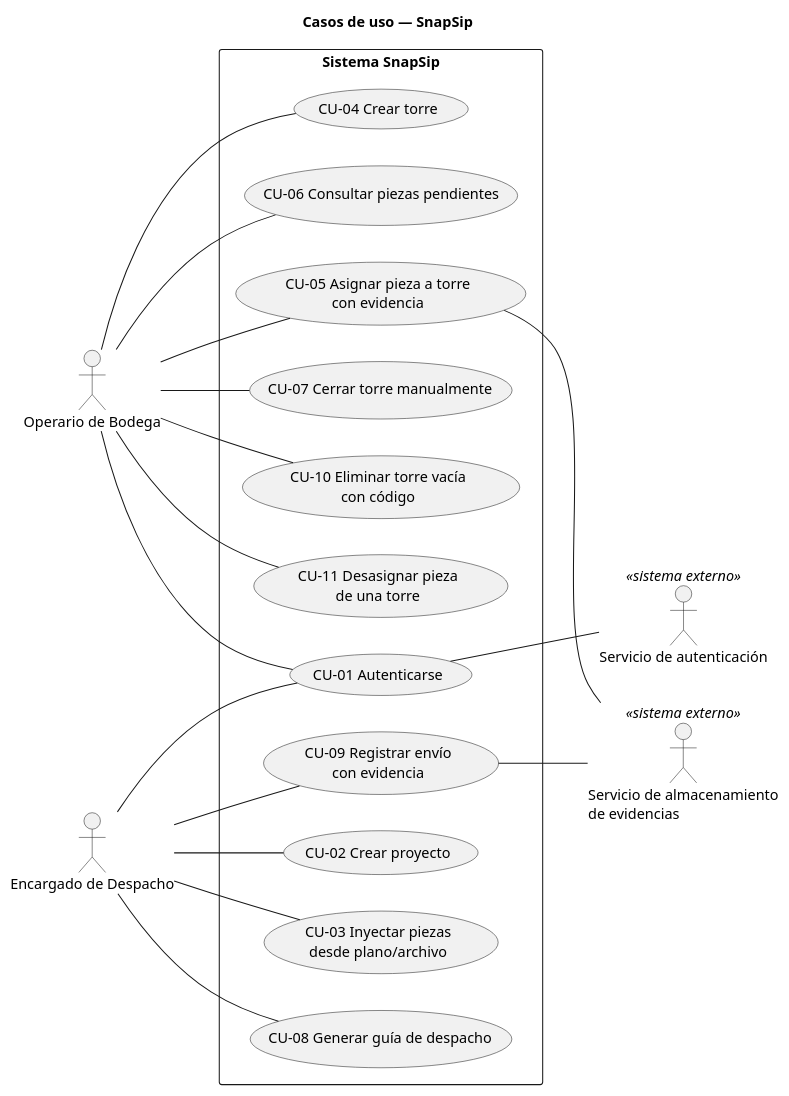
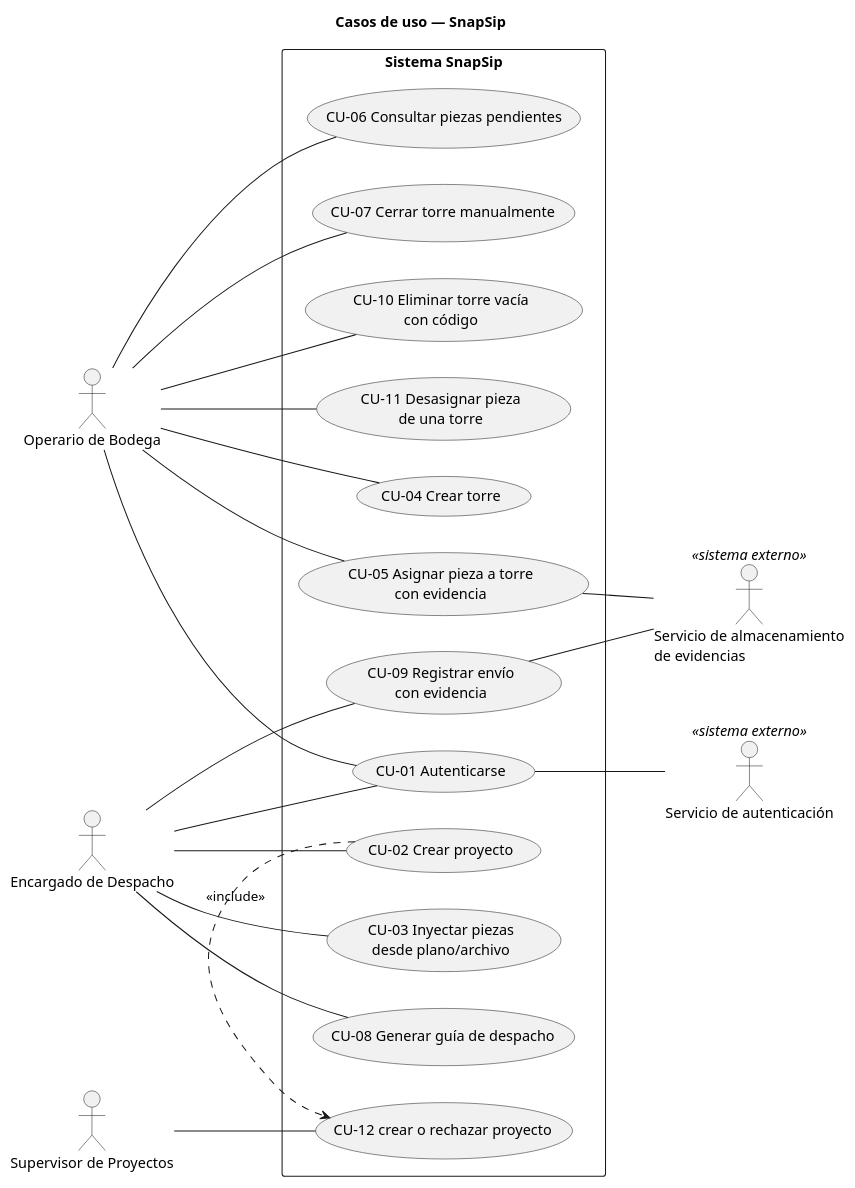
Before and after one commit to Foyzen-Kaze/snapsip: the diagram in diagramas/casos-de-uso.puml, drawn with PlantUML.

```diff
--- a/diagramas/casos-de-uso.puml
+++ b/diagramas/casos-de-uso.puml
@@ -1,42 +1,48 @@
 @startuml casos-de-uso
 left to right direction
 skinparam shadowing false
 title Casos de uso — SnapSip
 
 actor "Operario de Bodega" as OB
 actor "Encargado de Despacho" as ED
 actor "Servicio de autenticación" as SA <<sistema externo>>
 actor "Servicio de almacenamiento\nde evidencias" as SAE <<sistema externo>>
+actor "Supervisor de Proyectos" as SB
 
 rectangle "Sistema SnapSip" {
   usecase "CU-01 Autenticarse" as CU01
   usecase "CU-02 Crear proyecto" as CU02
   usecase "CU-03 Inyectar piezas\ndesde plano/archivo" as CU03
   usecase "CU-04 Crear torre" as CU04
   usecase "CU-05 Asignar pieza a torre\ncon evidencia" as CU05
   usecase "CU-06 Consultar piezas pendientes" as CU06
   usecase "CU-07 Cerrar torre manualmente" as CU07
   usecase "CU-08 Generar guía de despacho" as CU08
   usecase "CU-09 Registrar envío\ncon evidencia" as CU09
   usecase "CU-10 Eliminar torre vacía\ncon código" as CU10
   usecase "CU-11 Desasignar pieza\nde una torre" as CU11
+  usecase "CU-12 crear o rechazar proyecto" as CU12
 }
 
 OB -- CU01
 OB -- CU04
 OB -- CU05
 OB -- CU06
 OB -- CU07
 OB -- CU10
 OB -- CU11
+SB -- CU12
 
 ED -- CU01
 ED -- CU02
 ED -- CU03
 ED -- CU08
 ED -- CU09
 
 CU01 -- SA
 CU05 -- SAE
 CU09 -- SAE
+
+CU02 .> CU12 : <<include>>
+
 @enduml
```
